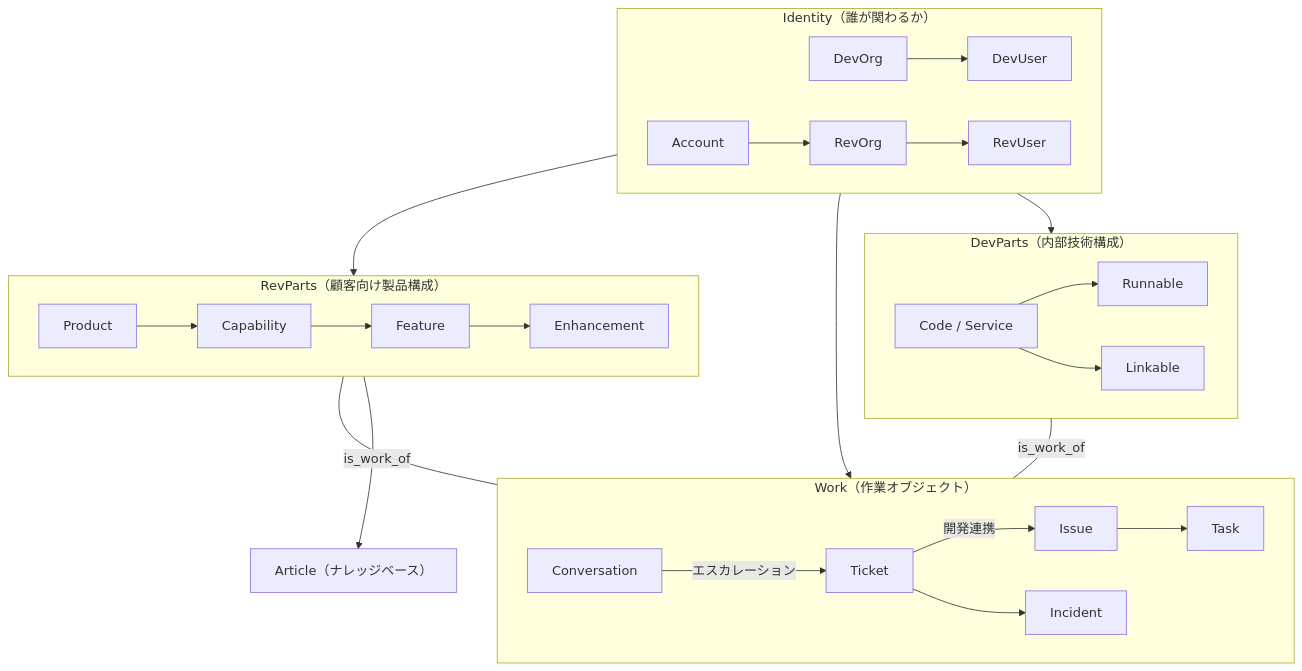
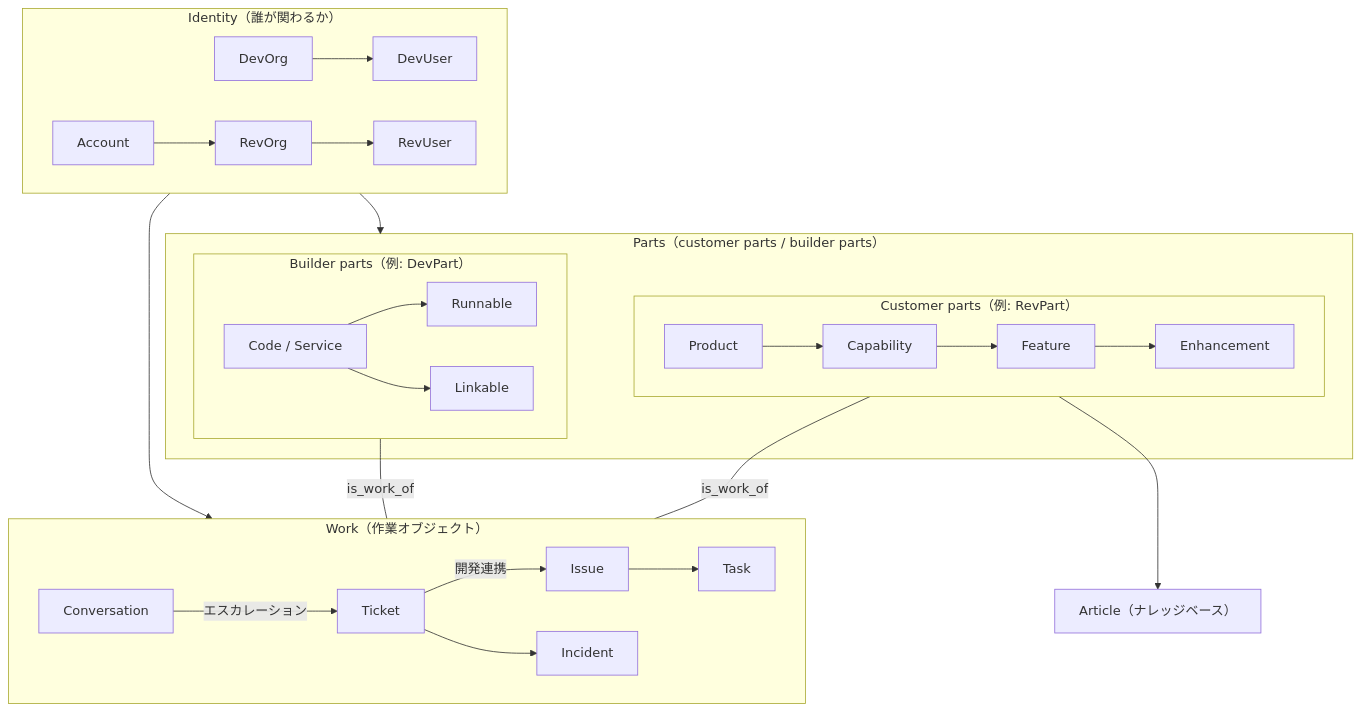
The diagram in docs/ja/architecture.md (takanorisuzuki/devrev-guide), drawn with Mermaid before and after one commit. The commit also changed other lines of this file and 4 other files, not shown here.

First line of the commit message:
docs: 公式の identity/parts/work に用語と図を整合（Core concepts / Parts & trails 出典）

````diff
--- a/docs/ja/architecture.md
+++ b/docs/ja/architecture.md
@@ -14,31 +14,31 @@
 ```mermaid
 graph TB
     subgraph Identity["Identity（誰が関わるか）"]
         DevOrg --> DevUser
         Account --> RevOrg --> RevUser
     end
 
-    subgraph RevParts["RevParts（顧客向け製品構成）"]
-        Product --> Capability --> Feature
-        Feature --> Enhancement
+    subgraph Parts["Parts（customer parts / builder parts）"]
+        subgraph CustomerParts["Customer parts（例: RevPart）"]
+            Product --> Capability --> Feature
+            Feature --> Enhancement
+        end
+        subgraph BuilderParts["Builder parts（例: DevPart）"]
+            CodeService["Code / Service"] --> Runnable
+            CodeService --> Linkable
+        end
     end
 
     subgraph Work["Work（作業オブジェクト）"]
         Conversation -->|エスカレーション| Ticket
         Ticket -->|開発連携| Issue
         Issue --> Task
         Ticket --> Incident
     end
 
-    subgraph DevParts["DevParts（内部技術構成）"]
-        CodeService["Code / Service"] --> Runnable
-        CodeService --> Linkable
-    end
-
-    RevParts ---|is_work_of| Work
-    DevParts ---|is_work_of| Work
-    RevParts --> Article["Article（ナレッジベース）"]
-    Identity --> RevParts
+    CustomerParts ---|is_work_of| Work
+    BuilderParts ---|is_work_of| Work
+    CustomerParts --> Article["Article（ナレッジベース）"]
+    Identity --> Parts
     Identity --> Work
-    Identity --> DevParts
 ```
````
